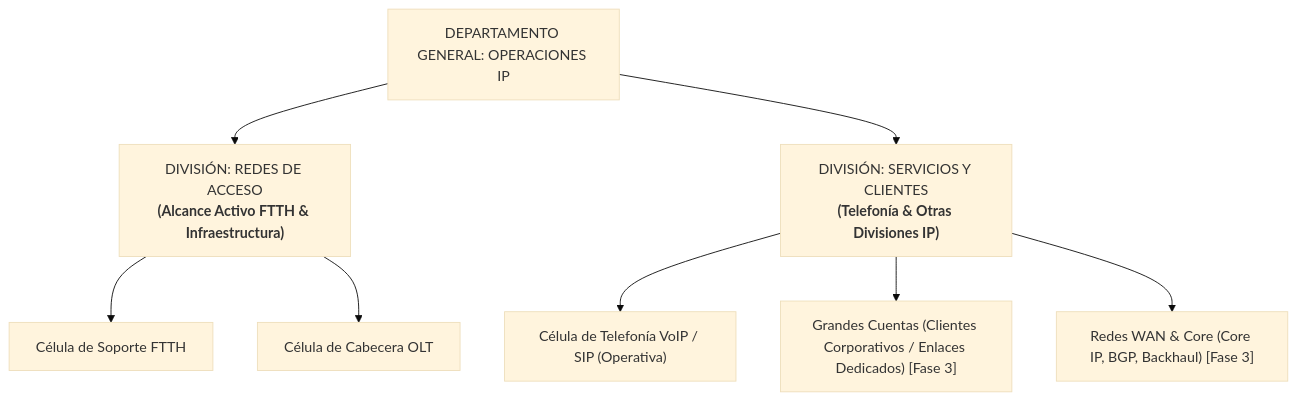
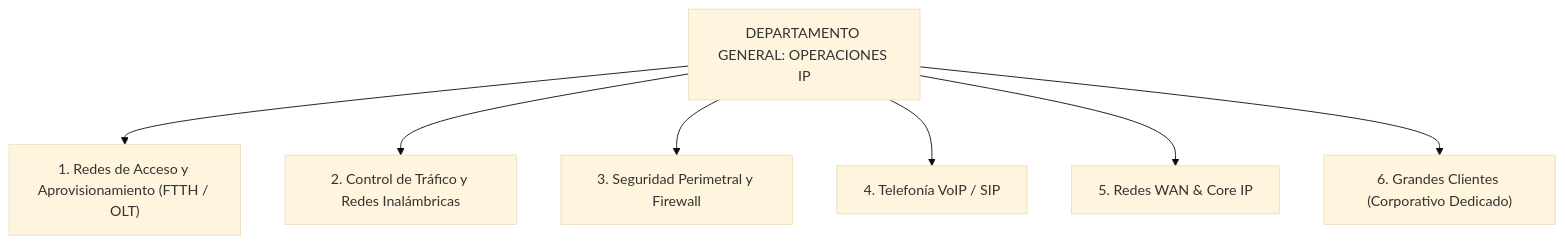
The diagram in docs/ROADMAP_Y_CONTROL_MODULOS.md (joseacorobo/PortalInterIp), drawn with Mermaid (base theme) before and after one commit. The commit also changed other lines of this file and 27 other files, not shown here.

````diff
--- a/docs/ROADMAP_Y_CONTROL_MODULOS.md
+++ b/docs/ROADMAP_Y_CONTROL_MODULOS.md
@@ -12,12 +12,9 @@
 ```mermaid
 graph TD
-    A["DEPARTAMENTO GENERAL: OPERACIONES IP"] --> B["DIVISIÓN: REDES DE ACCESO<br><b>(Alcance Activo FTTH & Infraestructura)</b>"]
-    A --> C["DIVISIÓN: SERVICIOS Y CLIENTES<br><b>(Telefonía & Otras Divisiones IP)</b>"]
-
-    B --> B1["Célula de Soporte FTTH"]
-    B --> B2["Célula de Cabecera OLT"]
-
-    C --> C1["Célula de Telefonía VoIP / SIP (Operativa)"]
-    C --> C2["Grandes Cuentas (Clientes Corporativos / Enlaces Dedicados) [Fase 3]"]
-    C --> C3["Redes WAN & Core (Core IP, BGP, Backhaul) [Fase 3]"]
+    A["DEPARTAMENTO GENERAL: OPERACIONES IP"] --> D1["1. Redes de Acceso y Aprovisionamiento (FTTH / OLT)"]
+    A --> D2["2. Control de Tráfico y Redes Inalámbricas"]
+    A --> D3["3. Seguridad Perimetral y Firewall"]
+    A --> D4["4. Telefonía VoIP / SIP"]
+    A --> D5["5. Redes WAN & Core IP"]
+    A --> D6["6. Grandes Clientes (Corporativo Dedicado)"]
 ```
````
